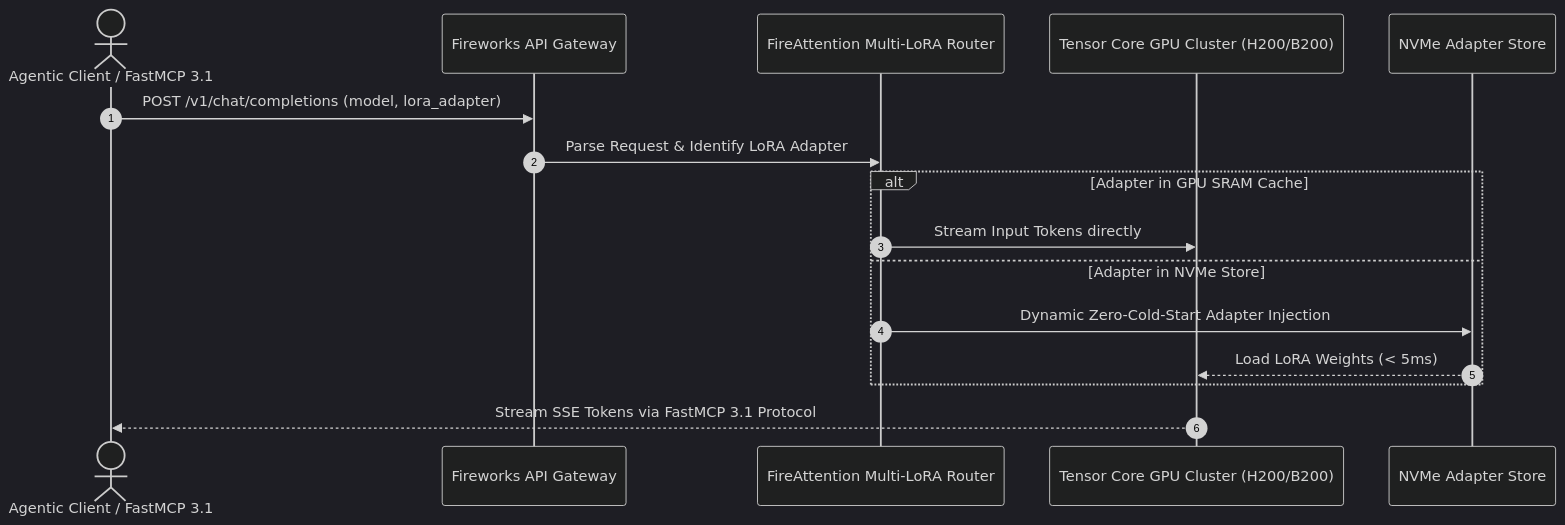
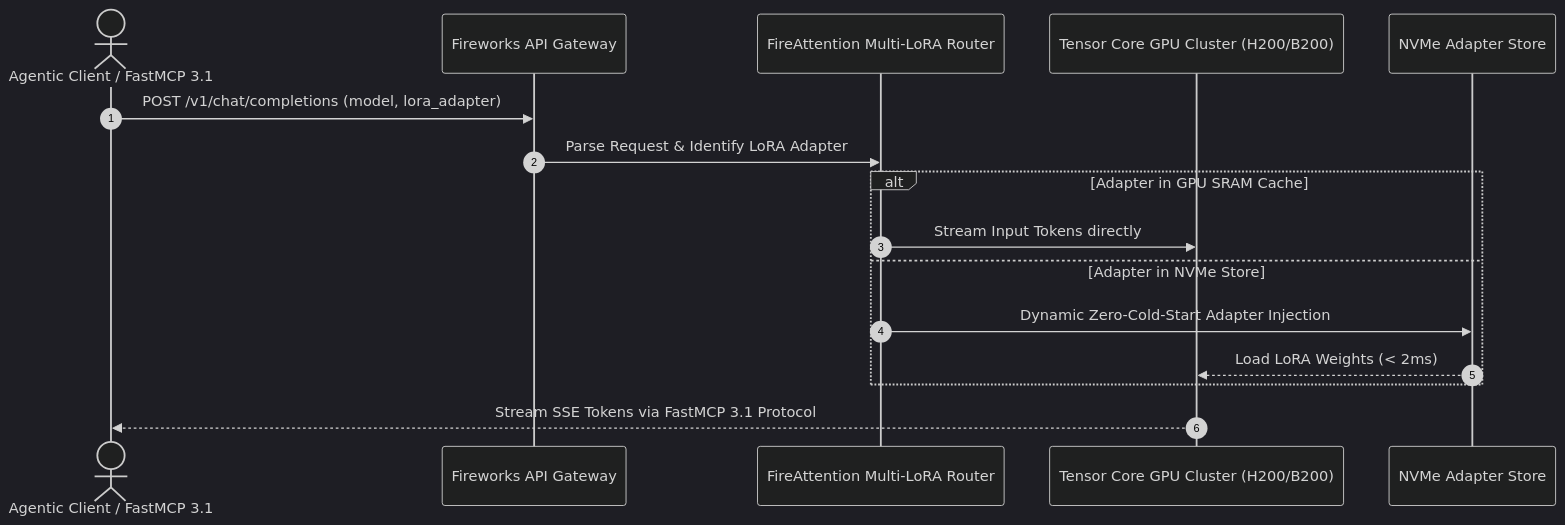
The diagram in docs/tools/providers/fireworks.md (joanmarcriera/Home-office-automations), drawn with Mermaid (dark theme) before and after one commit. The commit also changed other lines of this file and 5 other files, not shown here.

````diff
--- a/docs/tools/providers/fireworks.md
+++ b/docs/tools/providers/fireworks.md
@@ -50,19 +83,19 @@
 ```mermaid
 sequenceDiagram
     autonumber
     actor Client as Agentic Client / FastMCP 3.1
     participant Gateway as Fireworks API Gateway
     participant Router as FireAttention Multi-LoRA Router
     participant Engine as Tensor Core GPU Cluster (H200/B200)
     participant NVMe as NVMe Adapter Store
 
     Client->>Gateway: POST /v1/chat/completions (model, lora_adapter)
     Gateway->>Router: Parse Request & Identify LoRA Adapter
     alt Adapter in GPU SRAM Cache
         Router->>Engine: Stream Input Tokens directly
     else Adapter in NVMe Store
         Router->>NVMe: Dynamic Zero-Cold-Start Adapter Injection
-        NVMe-->>Engine: Load LoRA Weights (< 5ms)
+        NVMe-->>Engine: Load LoRA Weights (< 2ms)
     end
     Engine-->>Client: Stream SSE Tokens via FastMCP 3.1 Protocol
 ```
````
